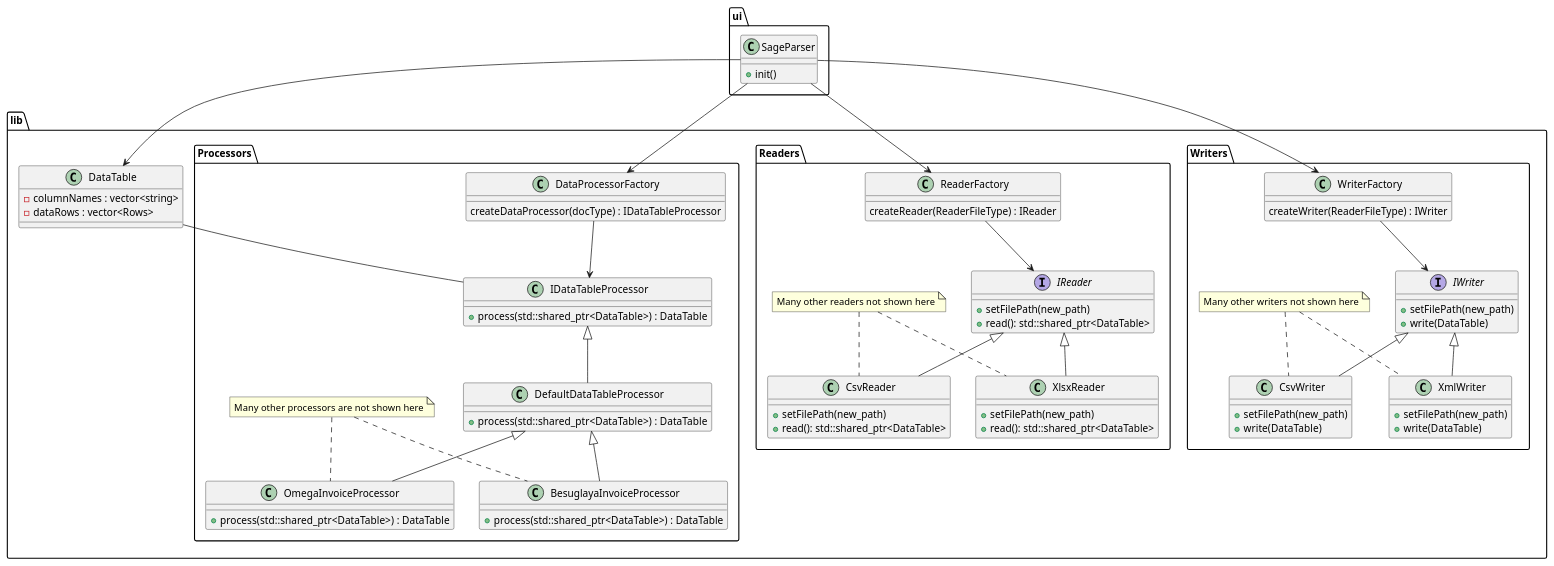
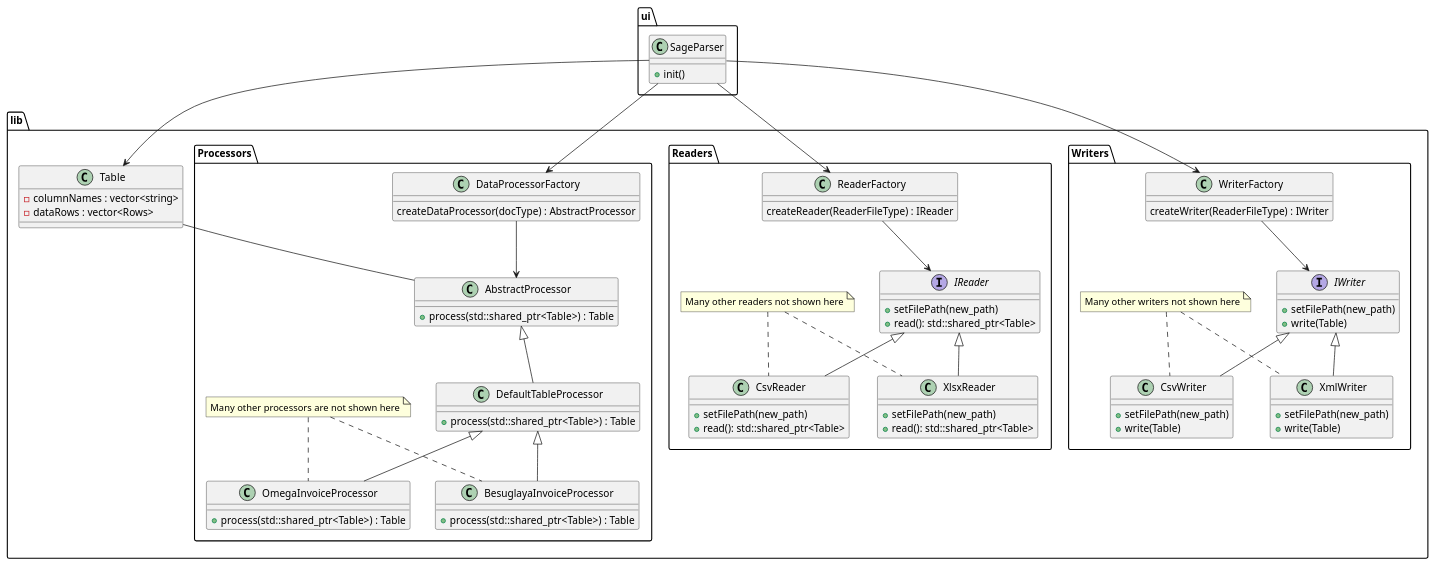
The diagram in docs/Library_Design.puml (Sage-Cat/SageParser), drawn with PlantUML before and after one commit. The commit also changed 39 other files, not shown here.

```diff
--- a/docs/Library_Design.puml
+++ b/docs/Library_Design.puml
@@ -1,117 +1,117 @@
 @startuml
 
 package ui {
     class SageParser
     {
         +init()
     }
 }
 
 package lib {
-    class DataTable {
+    class Table {
         -columnNames : vector<string>
         -dataRows : vector<Rows>
     }
 
     package Processors {
         class DataProcessorFactory
         {
-            createDataProcessor(docType) : IDataTableProcessor
+            createDataProcessor(docType) : AbstractProcessor
         }
 
-        class IDataTableProcessor {
-            +process(std::shared_ptr<DataTable>) : DataTable
+        class AbstractProcessor {
+            +process(std::shared_ptr<Table>) : Table
         }
 
-        class DefaultDataTableProcessor {
-            +process(std::shared_ptr<DataTable>) : DataTable
+        class DefaultTableProcessor {
+            +process(std::shared_ptr<Table>) : Table
         }
 
         class OmegaInvoiceProcessor {
-            +process(std::shared_ptr<DataTable>) : DataTable
+            +process(std::shared_ptr<Table>) : Table
         }
 
         class BesuglayaInvoiceProcessor {
-            +process(std::shared_ptr<DataTable>) : DataTable
+            +process(std::shared_ptr<Table>) : Table
         }
 
         note "Many other processors are not shown here" as N1
         N1 .. BesuglayaInvoiceProcessor
         N1 .. OmegaInvoiceProcessor
 
-        DefaultDataTableProcessor -up-|> IDataTableProcessor
-        BesuglayaInvoiceProcessor -up-|> DefaultDataTableProcessor
-        OmegaInvoiceProcessor -up-|> DefaultDataTableProcessor
+        DefaultTableProcessor -up-|> AbstractProcessor
+        BesuglayaInvoiceProcessor -up-|> DefaultTableProcessor
+        OmegaInvoiceProcessor -up-|> DefaultTableProcessor
     }
 
     package Writers {
 
         class WriterFactory {
             createWriter(ReaderFileType) : IWriter
         } 
 
         interface IWriter {
             +setFilePath(new_path)
-            +write(DataTable)
+            +write(Table)
         }
 
         class CsvWriter {
             +setFilePath(new_path)
-            +write(DataTable)
+            +write(Table)
         }
 
         class XmlWriter {
             +setFilePath(new_path)
-            +write(DataTable)
+            +write(Table)
         }
 
         note "Many other writers not shown here" as N2
         N2 .. CsvWriter
         N2 .. XmlWriter
 
         CsvWriter -up-|> IWriter
         XmlWriter -up-|> IWriter
     }
 
     package Readers {
         class ReaderFactory {
             createReader(ReaderFileType) : IReader
         } 
 
         interface IReader {
             +setFilePath(new_path)
-            +read(): std::shared_ptr<DataTable>
+            +read(): std::shared_ptr<Table>
         }
 
         class CsvReader {
             +setFilePath(new_path)
-            +read(): std::shared_ptr<DataTable>
+            +read(): std::shared_ptr<Table>
         }
 
         class XlsxReader {
             +setFilePath(new_path)
-            +read(): std::shared_ptr<DataTable>
+            +read(): std::shared_ptr<Table>
         }
 
         note "Many other readers not shown here" as N3
         N3 .. CsvReader
         N3 .. XlsxReader
 
         CsvReader -up-|> IReader
         XlsxReader -up-|> IReader
     }
 
-    DataTable -- IDataTableProcessor
+    Table -- AbstractProcessor
 }
 
 
 ReaderFactory --> IReader
 WriterFactory --> IWriter
-DataProcessorFactory --> IDataTableProcessor
+DataProcessorFactory --> AbstractProcessor
 
 SageParser --> DataProcessorFactory
 SageParser --> WriterFactory
 SageParser --> ReaderFactory
-SageParser --> DataTable
+SageParser --> Table
 
 @enduml
```
